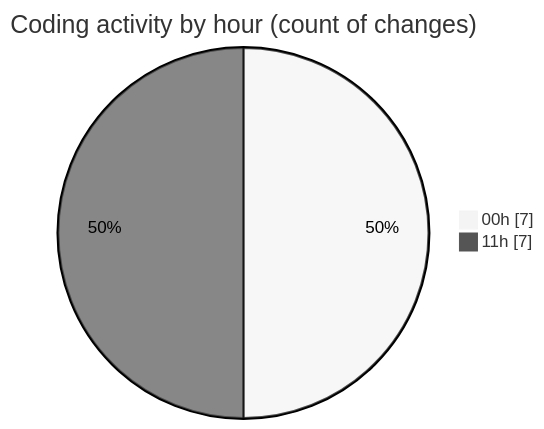
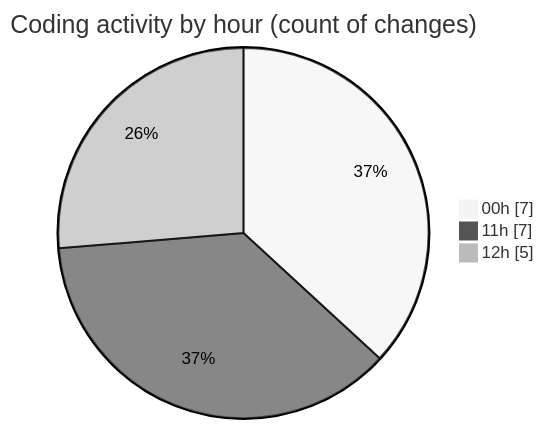
Before and after one commit to julien-gomy/code-tracking: the second of 2 diagrams in 2025-10-08/eventscop-frontend-guide__workspace_/README.md, drawn with Mermaid (neutral theme). The commit also changed other lines of this file and 1 other file, not shown here.

````diff
--- a/2025-10-08/eventscop-frontend-guide__workspace_/README.md
+++ b/2025-10-08/eventscop-frontend-guide__workspace_/README.md
@@ -35,6 +36,7 @@
 ```mermaid
 pie showData
 title Coding activity by hour (count of changes)
 "00h" : 7
 "11h" : 7
+"12h" : 5
 ```
````
